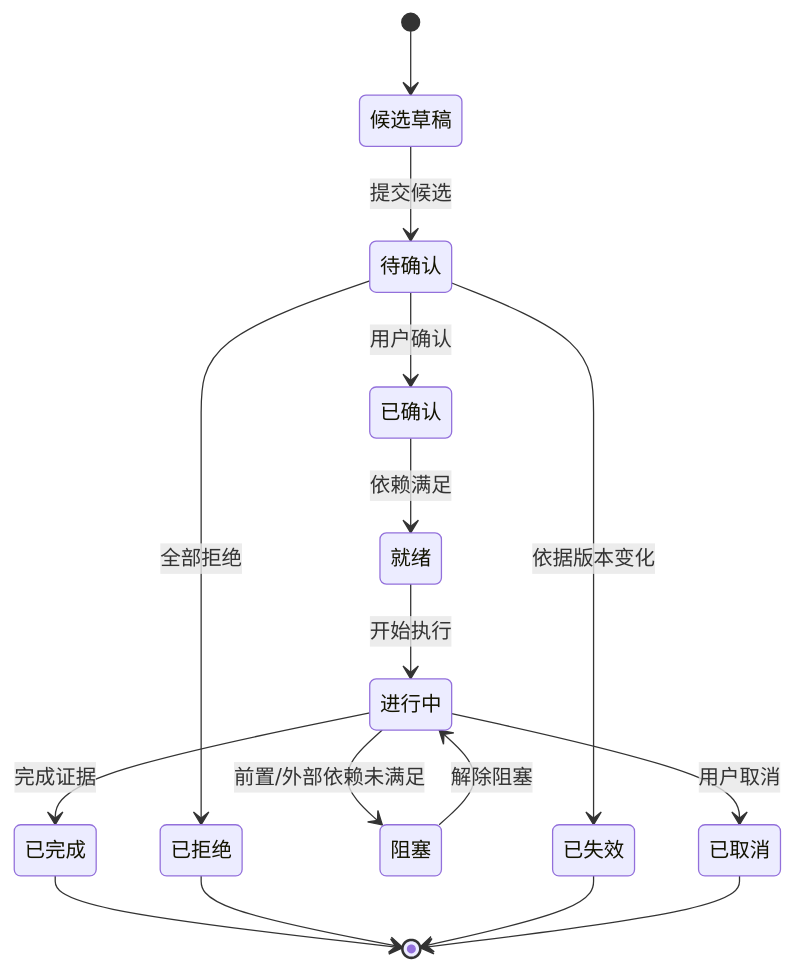
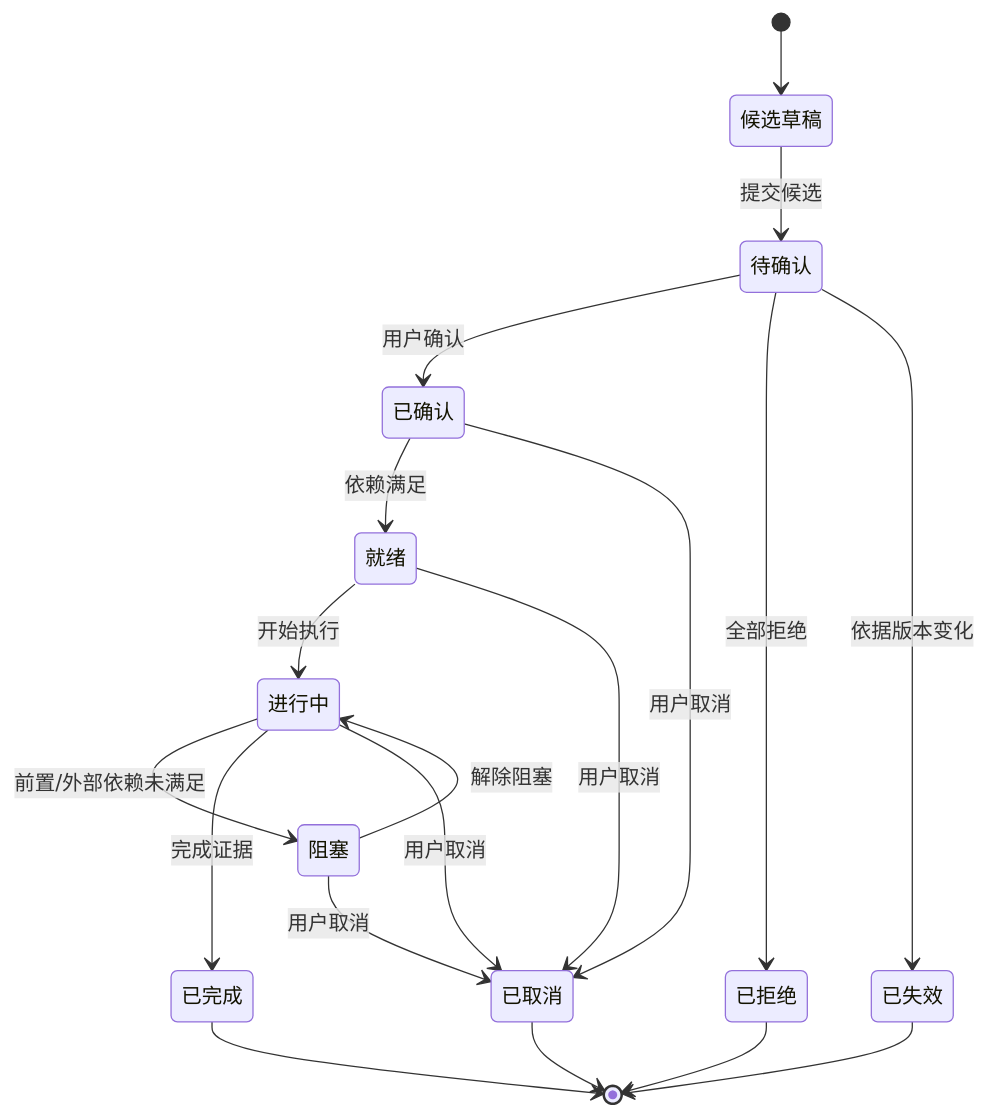
Diagram 21 of 23 in docs/design/system-design/offerpilot-system-design.md (LotteryCamp/OfferPilot), drawn with Mermaid before and after one commit. The commit also changed other lines of this file and 1 other file, not shown here.

````diff
--- a/docs/design/system-design/offerpilot-system-design.md
+++ b/docs/design/system-design/offerpilot-system-design.md
@@ -1523,18 +1551,21 @@
 ```mermaid
 stateDiagram-v2
     [*] --> 候选草稿
     候选草稿 --> 待确认: 提交候选
     待确认 --> 已确认: 用户确认
     待确认 --> 已拒绝: 全部拒绝
     待确认 --> 已失效: 依据版本变化
     已确认 --> 就绪: 依赖满足
+    已确认 --> 已取消: 用户取消
     就绪 --> 进行中: 开始执行
+    就绪 --> 已取消: 用户取消
     进行中 --> 阻塞: 前置/外部依赖未满足
     阻塞 --> 进行中: 解除阻塞
+    阻塞 --> 已取消: 用户取消
     进行中 --> 已完成: 完成证据
     进行中 --> 已取消: 用户取消
     已完成 --> [*]
     已拒绝 --> [*]
     已失效 --> [*]
     已取消 --> [*]
 ```
````
